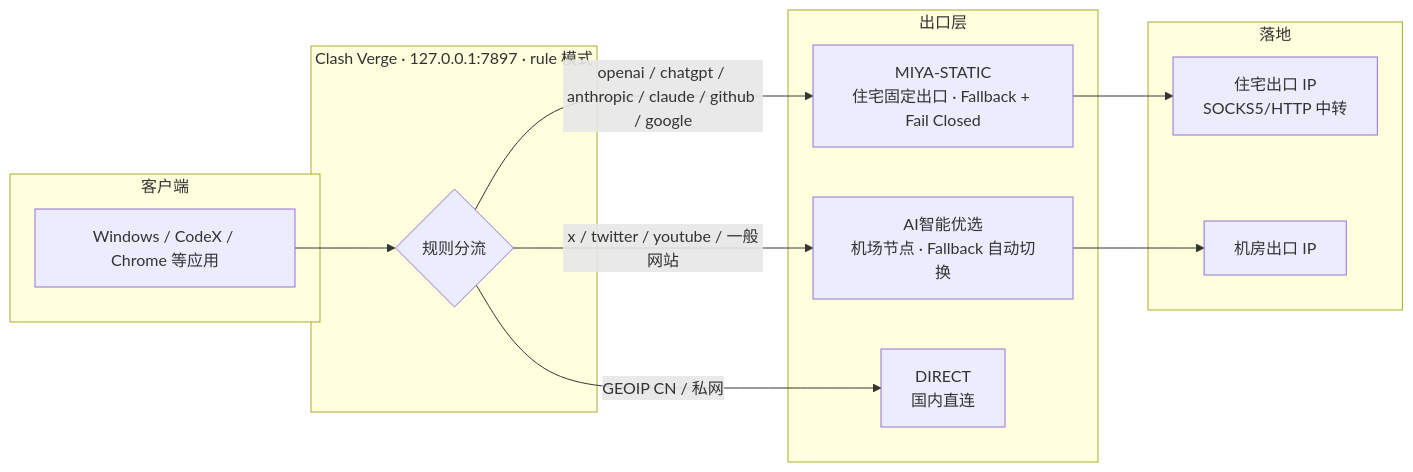
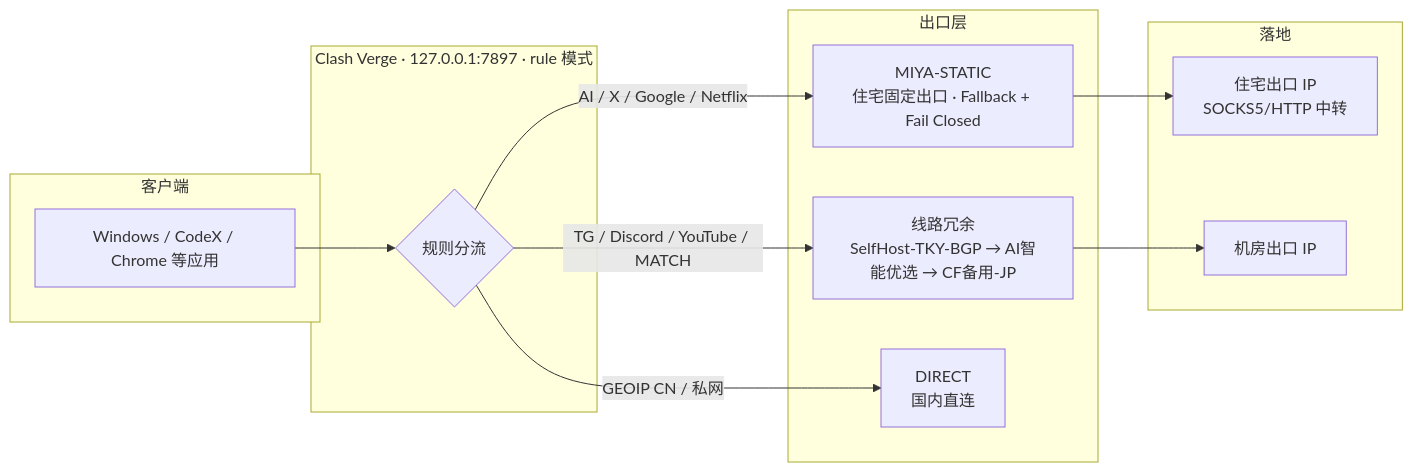
Before and after one commit to redmyapple/codex-network-resilience: the diagram in README.md, drawn with Mermaid. The commit also changed other lines of this file and 4 other files, not shown here.

````diff
--- a/README.md
+++ b/README.md
@@ -50,25 +51,25 @@
 ```mermaid
 flowchart LR
     subgraph 客户端
         App[Windows / CodeX / Chrome 等应用]
     end
     subgraph Clash[Clash Verge · 127.0.0.1:7897 · rule 模式]
         Router{规则分流}
     end
     subgraph 出口层
         MIYA[MIYA-STATIC<br/>住宅固定出口 · Fallback + Fail Closed]
-        Airport[AI智能优选<br/>机场节点 · Fallback 自动切换]
+        Redundant[线路冗余<br/>SelfHost-TKY-BGP → AI智能优选 → CF备用-JP]
         Direct[DIRECT<br/>国内直连]
     end
     subgraph 落地
         ResIP[住宅出口 IP<br/>SOCKS5/HTTP 中转]
         AIP[机房出口 IP]
     end
 
     App --> Router
-    Router -- "openai / chatgpt / anthropic / claude / github / google" --> MIYA
-    Router -- "x / twitter / youtube / 一般网站" --> Airport
+    Router -- "AI / X / Google / Netflix" --> MIYA
+    Router -- "TG / Discord / YouTube / MATCH" --> Redundant
     Router -- "GEOIP CN / 私网" --> Direct
     MIYA --> ResIP
-    Airport --> AIP
+    Redundant --> AIP
 ```
````
